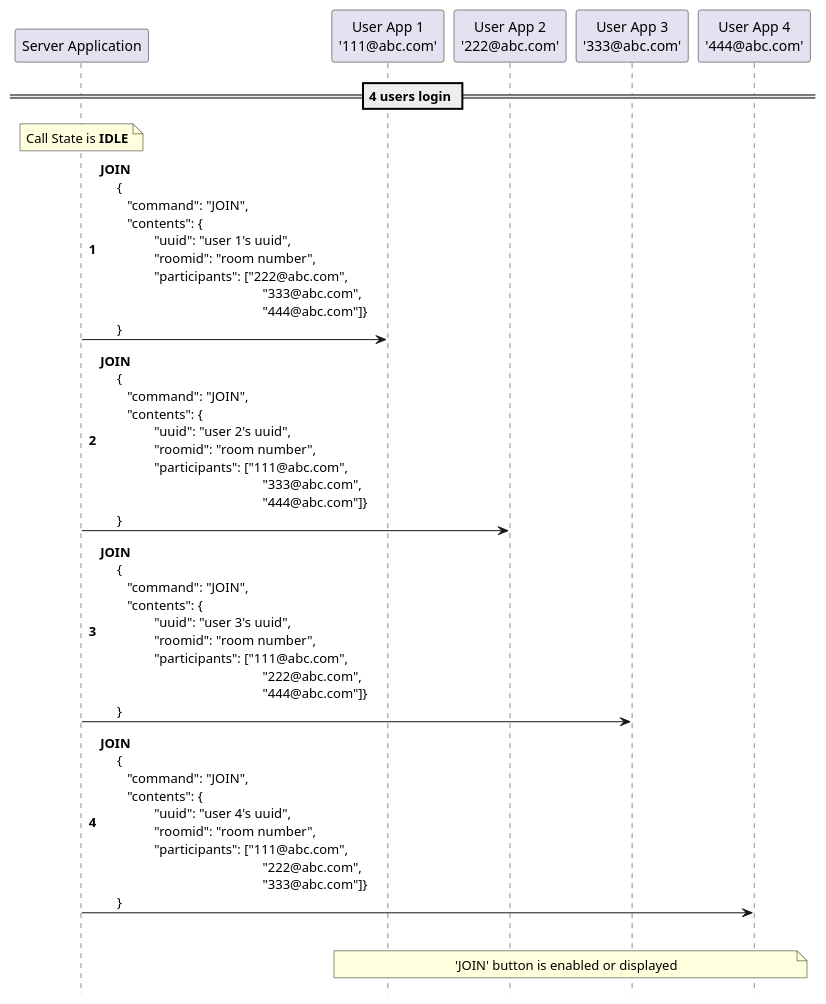
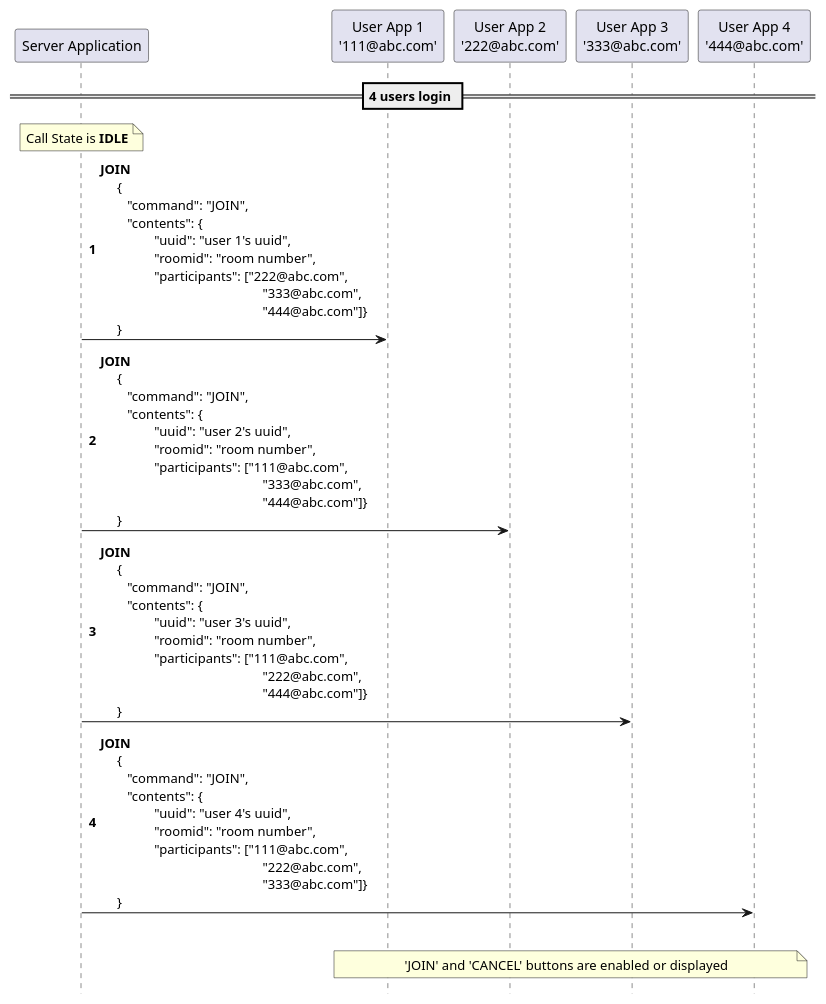
The diagram in plantuml/conference_call_flow.puml (architecture-4-team/team4-project), drawn with PlantUML before and after one commit. The commit also changed 1 other file, not shown here.

Commit message:
- add 3rd client test source - modify 'JOIN' -> ''JOIN', 'CANCEL' buttons

```diff
--- a/plantuml/conference_call_flow.puml
+++ b/plantuml/conference_call_flow.puml
@@ -1,49 +1,49 @@
 @startuml
 
 autonumber
 hide footbox
 participant "Server Application" as sa
 participant "User App 1\n'111@abc.com'" as ua1
 participant "User App 2\n'222@abc.com'" as ua2
 participant "User App 3\n'333@abc.com'" as ua3
 participant "User App 4\n'444@abc.com'" as ua4
 
 == 4 users login ==
 
 note over sa : Call State is <b>IDLE</b>
 sa -> ua1 : <b>JOIN</b> \n \
     { \n \
     \t"command": "JOIN", \n \
     \t"contents": { \n \
     \t\t"uuid": "user 1's uuid", \n \
     \t\t"roomid": "room number", \n \
     \t\t"participants": ["222@abc.com", \n\t\t\t\t\t\t"333@abc.com", \n\t\t\t\t\t\t"444@abc.com"]} \n \
     }
 sa -> ua2 : <b>JOIN</b> \n \
     { \n \
     \t"command": "JOIN", \n \
     \t"contents": { \n \
     \t\t"uuid": "user 2's uuid", \n \
     \t\t"roomid": "room number", \n \
     \t\t"participants": ["111@abc.com", \n\t\t\t\t\t\t"333@abc.com", \n\t\t\t\t\t\t"444@abc.com"]} \n \
     }
 sa -> ua3 : <b>JOIN</b> \n \
     { \n \
     \t"command": "JOIN", \n \
     \t"contents": { \n \
     \t\t"uuid": "user 3's uuid", \n \
     \t\t"roomid": "room number", \n \
     \t\t"participants": ["111@abc.com", \n\t\t\t\t\t\t"222@abc.com", \n\t\t\t\t\t\t"444@abc.com"]} \n \
     }
 sa -> ua4 : <b>JOIN</b> \n \
     { \n \
     \t"command": "JOIN", \n \
     \t"contents": { \n \
     \t\t"uuid": "user 4's uuid", \n \
     \t\t"roomid": "room number", \n \
     \t\t"participants": ["111@abc.com", \n\t\t\t\t\t\t"222@abc.com", \n\t\t\t\t\t\t"333@abc.com"]} \n \
     }
 |||
-note over ua1, ua4 : 'JOIN' button is enabled or displayed
+note over ua1, ua4 : 'JOIN' and 'CANCEL' buttons are enabled or displayed
 
 @enduml
```
